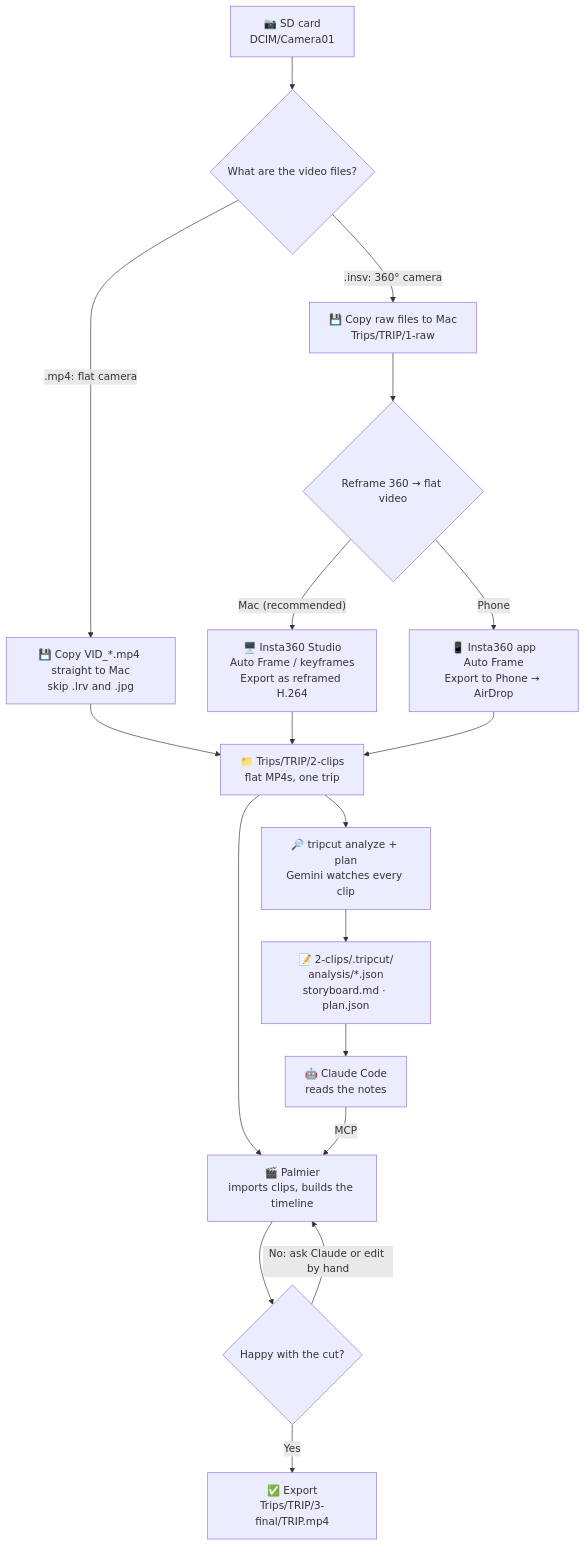
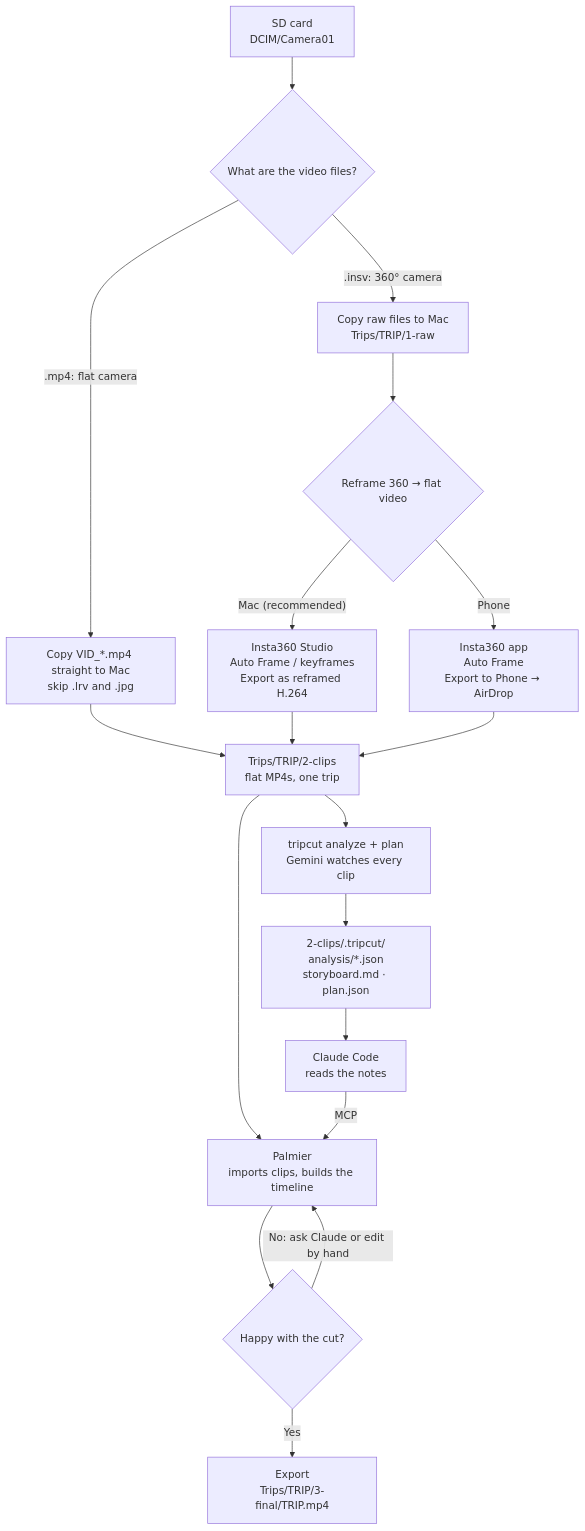
Before and after one commit to divyankrahoria/tripcut: the diagram in docs/WORKFLOW.md, drawn with Mermaid. The commit also changed other lines of this file and 2 other files, not shown here.

Commit message:
Remove emojis from docs

````diff
--- a/docs/WORKFLOW.md
+++ b/docs/WORKFLOW.md
@@ -11,20 +11,20 @@
 ```mermaid
 flowchart TD
-    A["📷 SD card<br/>DCIM/Camera01"] --> Q{"What are the video files?"}
-    Q -->|".mp4: flat camera"| M["💾 Copy VID_*.mp4 straight to Mac<br/>skip .lrv and .jpg"]
-    Q -->|".insv: 360° camera"| B["💾 Copy raw files to Mac<br/>Trips/TRIP/1-raw"]
+    A["SD card<br/>DCIM/Camera01"] --> Q{"What are the video files?"}
+    Q -->|".mp4: flat camera"| M["Copy VID_*.mp4 straight to Mac<br/>skip .lrv and .jpg"]
+    Q -->|".insv: 360° camera"| B["Copy raw files to Mac<br/>Trips/TRIP/1-raw"]
     B --> C{"Reframe 360 → flat video"}
-    C -->|"Mac (recommended)"| D["🖥️ Insta360 Studio<br/>Auto Frame / keyframes<br/>Export as reframed H.264"]
-    C -->|"Phone"| E["📱 Insta360 app<br/>Auto Frame<br/>Export to Phone → AirDrop"]
-    M --> F["📁 Trips/TRIP/2-clips<br/>flat MP4s, one trip"]
+    C -->|"Mac (recommended)"| D["Insta360 Studio<br/>Auto Frame / keyframes<br/>Export as reframed H.264"]
+    C -->|"Phone"| E["Insta360 app<br/>Auto Frame<br/>Export to Phone → AirDrop"]
+    M --> F["Trips/TRIP/2-clips<br/>flat MP4s, one trip"]
     D --> F
     E --> F
-    F --> G["🔎 tripcut analyze + plan<br/>Gemini watches every clip"]
-    G --> H["📝 2-clips/.tripcut/<br/>analysis/*.json<br/>storyboard.md · plan.json"]
-    H --> I["🤖 Claude Code<br/>reads the notes"]
+    F --> G["tripcut analyze + plan<br/>Gemini watches every clip"]
+    G --> H["2-clips/.tripcut/<br/>analysis/*.json<br/>storyboard.md · plan.json"]
+    H --> I["Claude Code<br/>reads the notes"]
     F --> J
-    I -->|"MCP"| J["🎬 Palmier<br/>imports clips, builds the timeline"]
+    I -->|"MCP"| J["Palmier<br/>imports clips, builds the timeline"]
     J --> K{"Happy with the cut?"}
     K -->|"No: ask Claude or edit by hand"| J
-    K -->|"Yes"| L["✅ Export<br/>Trips/TRIP/3-final/TRIP.mp4"]
+    K -->|"Yes"| L["Export<br/>Trips/TRIP/3-final/TRIP.mp4"]
 ```
````
